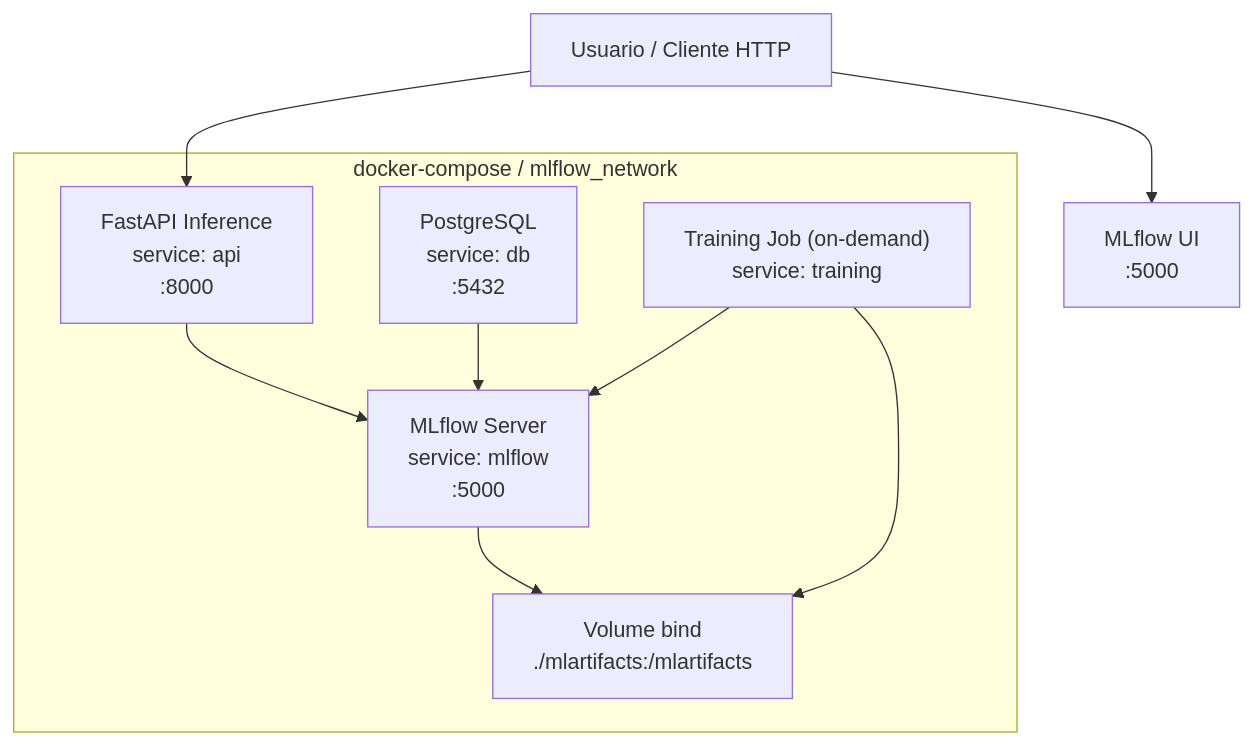
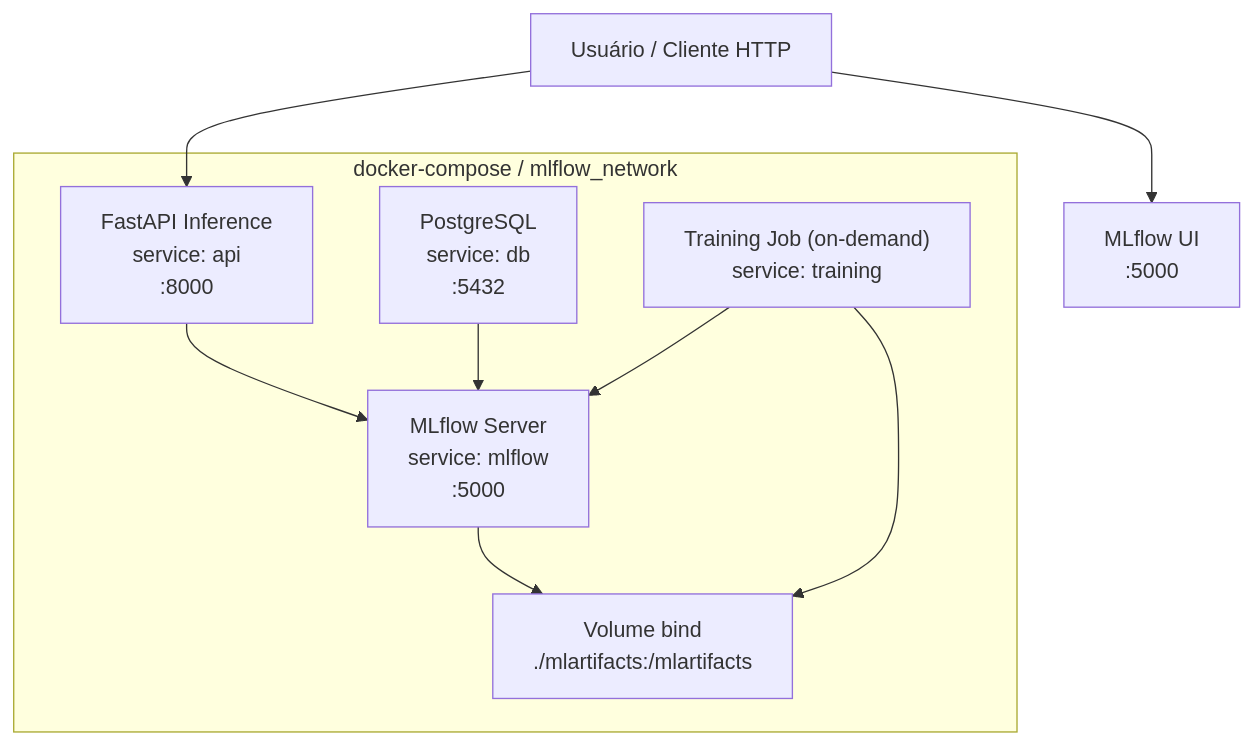
One commit to GusdPaula/MLENG_FIAP changed the second of 3 diagrams in fase_1/tech_challenge/README.md. Above: the diagram before and after it, drawn with Mermaid. The commit also changed other lines of this file and 24 other files, not shown here.

````diff
--- a/fase_1/tech_challenge/README.md
+++ b/fase_1/tech_challenge/README.md
@@ -96,19 +96,19 @@
 ```mermaid
 flowchart TB
-    USER["Usuario / Cliente HTTP"] --> API["FastAPI API<br/>:8000"]
+    USER["Usuário / Cliente HTTP"] --> API["FastAPI API<br/>:8000"]
     USER --> MLFLOWUI["MLflow UI<br/>:5000"]
 
     subgraph Compose["docker-compose / mlflow_network"]
         DB["PostgreSQL<br/>service: db<br/>:5432"]
         MLFLOW["MLflow Server<br/>service: mlflow<br/>:5000"]
         API["FastAPI Inference<br/>service: api<br/>:8000"]
         TRAIN["Training Job (on-demand)<br/>service: training"]
         ART["Volume bind<br/>./mlartifacts:/mlartifacts"]
     end
 
     DB --> MLFLOW
     TRAIN --> MLFLOW
     TRAIN --> ART
     API --> MLFLOW
     MLFLOW --> ART
 ```
````
